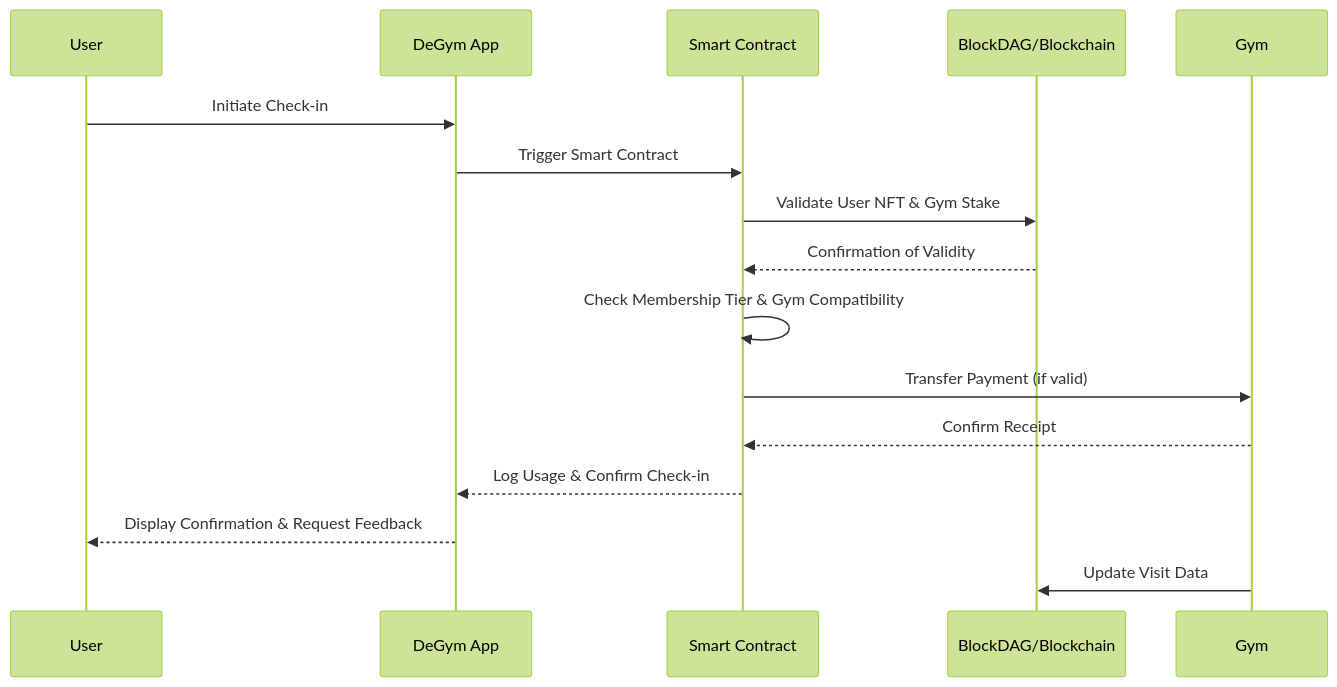
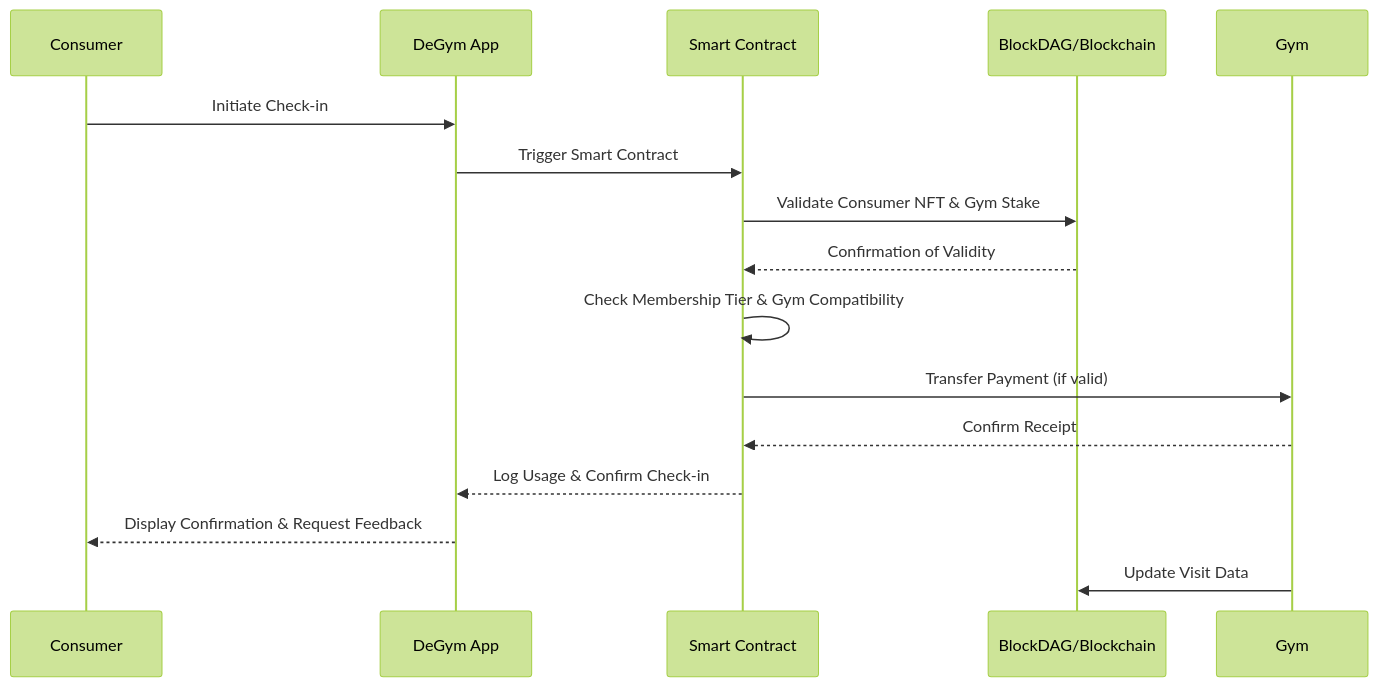
One commit to DeGym/documentation changed the diagram in gym-dao/check-in-process.md. Above: the diagram before and after it, drawn with Mermaid.

````diff
--- a/gym-dao/check-in-process.md
+++ b/gym-dao/check-in-process.md
@@ -31,22 +31,22 @@
 ```mermaid
 %%{init: {'theme': 'forest'}}%%
 
 sequenceDiagram
-    participant U as User
+    participant U as Consumer
     participant App as DeGym App
     participant SC as Smart Contract
     participant B as BlockDAG/Blockchain
     participant G as Gym
 
     U->>App: Initiate Check-in
     App->>SC: Trigger Smart Contract
-    SC->>B: Validate User NFT & Gym Stake
+    SC->>B: Validate Consumer NFT & Gym Stake
     B-->>SC: Confirmation of Validity
     SC->>SC: Check Membership Tier & Gym Compatibility
     SC->>G: Transfer Payment (if valid)
     G-->>SC: Confirm Receipt
     SC-->>App: Log Usage & Confirm Check-in
     App-->>U: Display Confirmation & Request Feedback
     G->>B: Update Visit Data
 
 ```
````
